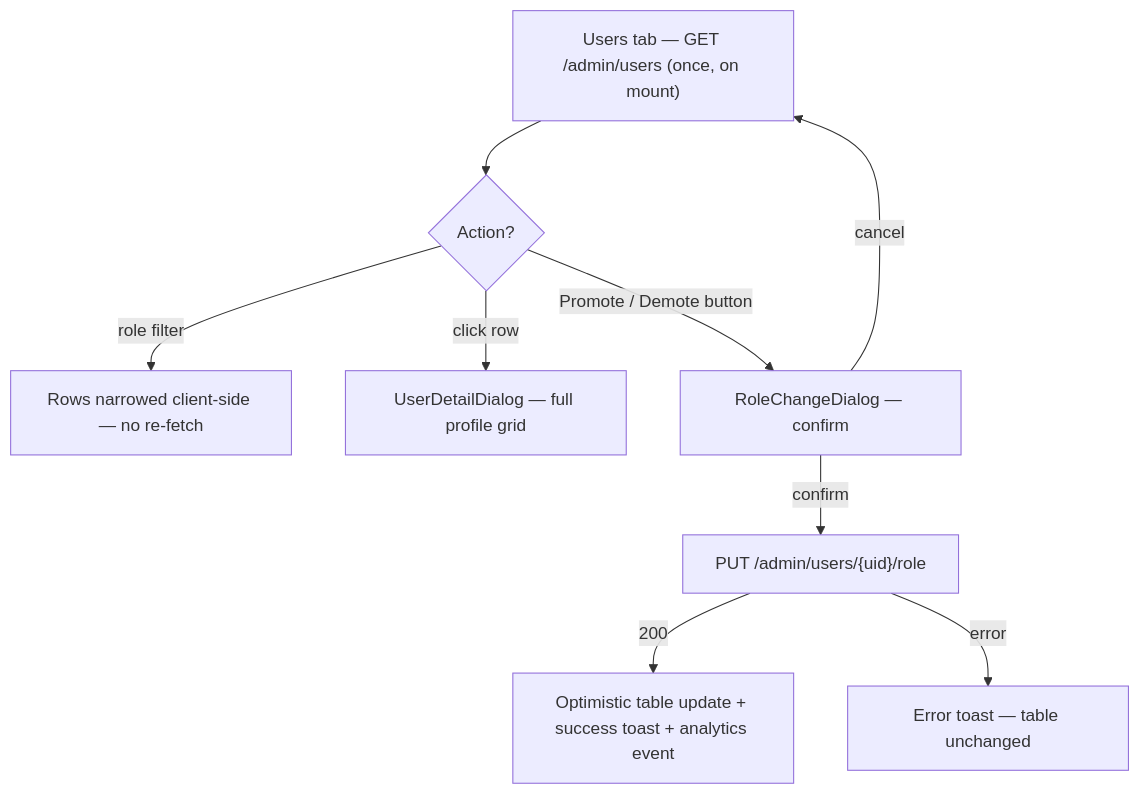
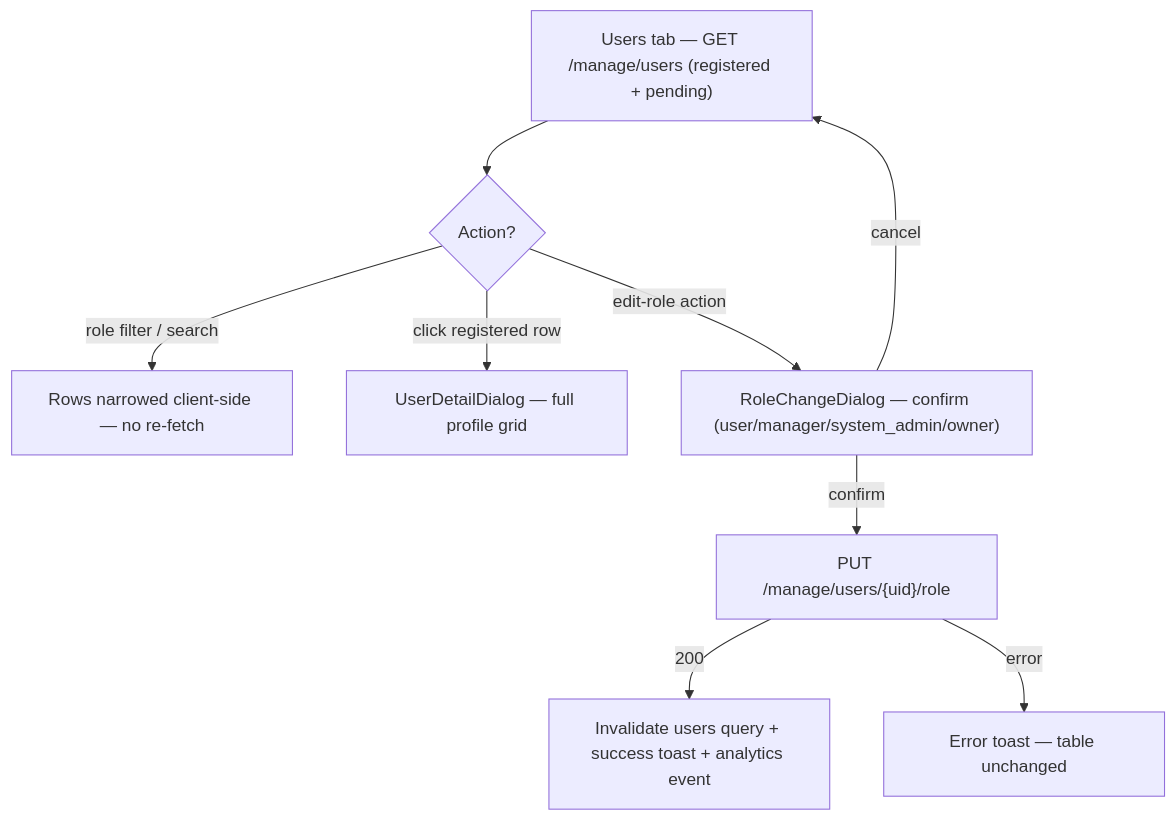
One commit to sathittham/factory-sync-solutions changed the second of 4 diagrams in docs/product/admin/user-journeys.md. Above: the diagram before and after it, drawn with Mermaid. The commit also changed other lines of this file and 15 other files, not shown here.

````diff
--- a/docs/product/admin/user-journeys.md
+++ b/docs/product/admin/user-journeys.md
@@ -51,11 +52,11 @@
 ```mermaid
 flowchart TD
-    A["Users tab — GET /admin/users (once, on mount)"] --> B{"Action?"}
-    B -->|"role filter"| C["Rows narrowed client-side — no re-fetch"]
-    B -->|"click row"| D["UserDetailDialog — full profile grid"]
-    B -->|"Promote / Demote button"| E["RoleChangeDialog — confirm"]
+    A["Users tab — GET /manage/users (registered + pending)"] --> B{"Action?"}
+    B -->|"role filter / search"| C["Rows narrowed client-side — no re-fetch"]
+    B -->|"click registered row"| D["UserDetailDialog — full profile grid"]
+    B -->|"edit-role action"| E["RoleChangeDialog — confirm (user/manager/system_admin/owner)"]
     E -->|cancel| A
-    E -->|confirm| F["PUT /admin/users/{uid}/role"]
-    F -->|200| G["Optimistic table update + success toast + analytics event"]
+    E -->|confirm| F["PUT /manage/users/{uid}/role"]
+    F -->|200| G["Invalidate users query + success toast + analytics event"]
     F -->|error| H["Error toast — table unchanged"]
 ```
````
